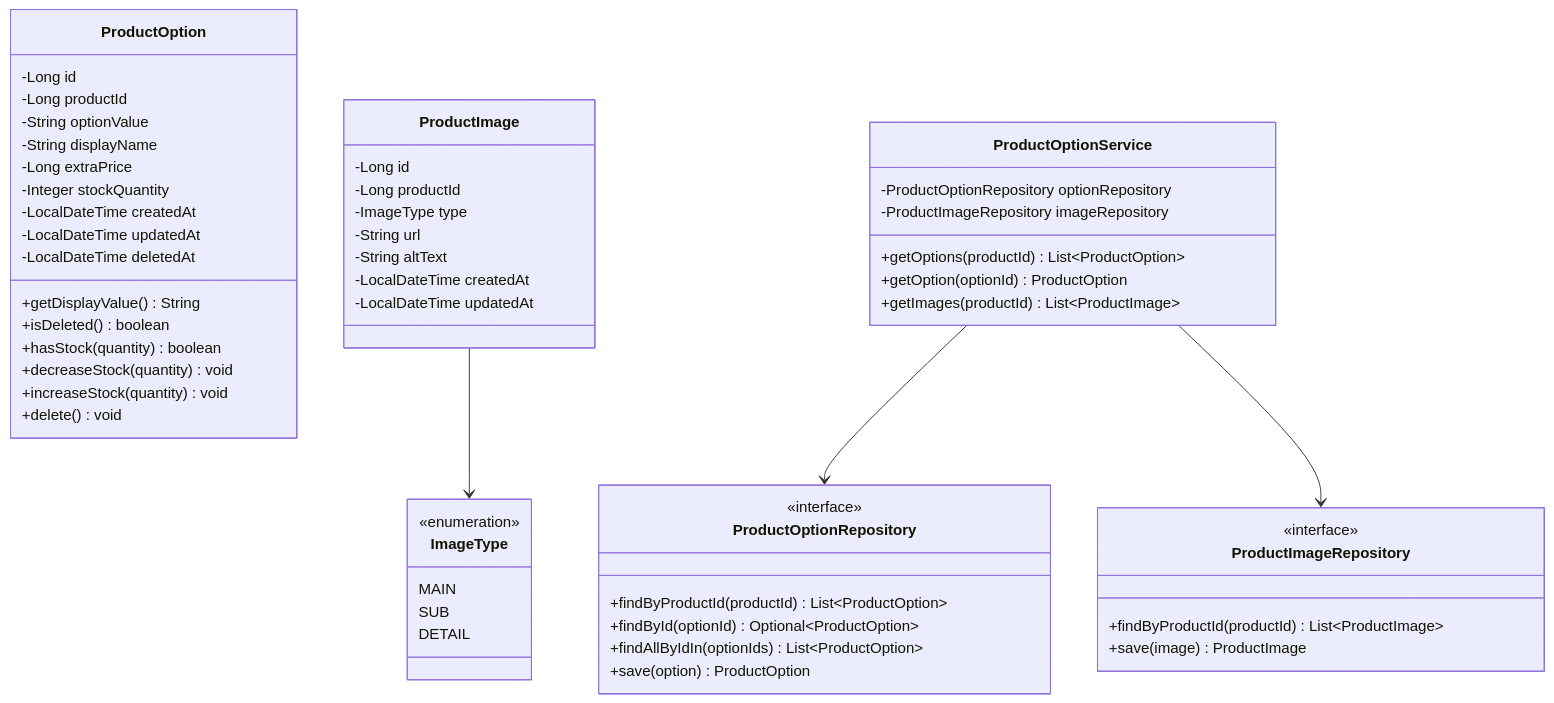
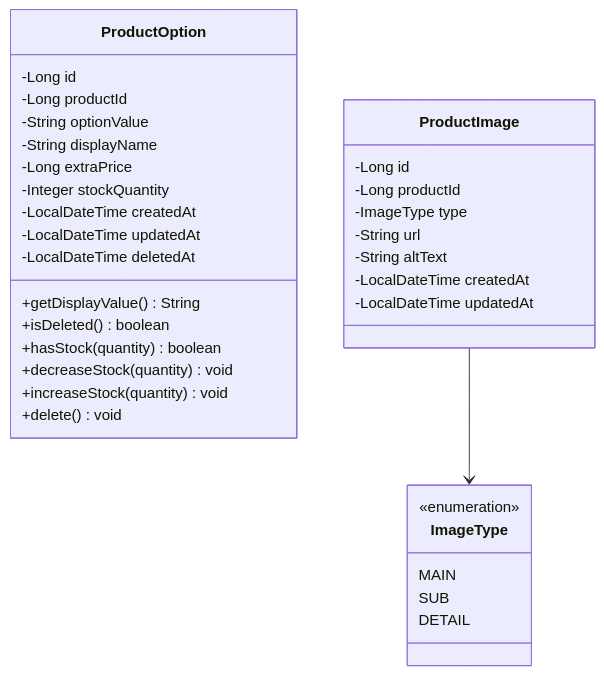
The sixth of 11 diagrams in docs/design/03-class-diagram.md (letter333/loop-pack-be-l2-vol3-java), drawn with Mermaid before and after one commit. The commit also changed other lines of this file and 1 other file, not shown here.

First line of the commit message:
docs: Product 애그리거트 재설계 내용 설계 문서 반영

````diff
--- a/docs/design/03-class-diagram.md
+++ b/docs/design/03-class-diagram.md
@@ -741,70 +778,47 @@
 ```mermaid
 classDiagram
     direction TB
 
-    %% Domain Layer - Option
+    %% Domain Layer - Option (Product Aggregate)
     class ProductOption {
         -Long id
         -Long productId
         -String optionValue
         -String displayName
         -Long extraPrice
         -Integer stockQuantity
         -LocalDateTime createdAt
         -LocalDateTime updatedAt
         -LocalDateTime deletedAt
         +getDisplayValue() String
         +isDeleted() boolean
         +hasStock(quantity) boolean
         +decreaseStock(quantity) void
         +increaseStock(quantity) void
         +delete() void
     }
 
-    %% Domain Layer - Image
+    %% Domain Layer - Image (Product Aggregate)
     class ProductImage {
         -Long id
         -Long productId
         -ImageType type
         -String url
         -String altText
         -LocalDateTime createdAt
         -LocalDateTime updatedAt
     }
 
     class ImageType {
         <<enumeration>>
         MAIN
         SUB
         DETAIL
     }
 
-    %% Service Layer
-    class ProductOptionService {
-        -ProductOptionRepository optionRepository
-        -ProductImageRepository imageRepository
-        +getOptions(productId) List~ProductOption~
-        +getOption(optionId) ProductOption
-        +getImages(productId) List~ProductImage~
-    }
+    %% Note: ProductOption과 ProductImage는 Product 애그리거트의 일부
+    %% 별도의 Service/Repository 없이 Product를 통해 관리됨
+    %% JPA Cascade로 CUD 처리
 
-    %% Infrastructure Layer
-    class ProductOptionRepository {
-        <<interface>>
-        +findByProductId(productId) List~ProductOption~
-        +findById(optionId) Optional~ProductOption~
-        +findAllByIdIn(optionIds) List~ProductOption~
-        +save(option) ProductOption
-    }
-
-    class ProductImageRepository {
-        <<interface>>
-        +findByProductId(productId) List~ProductImage~
-        +save(image) ProductImage
-    }
-
-    %% Relationships
     ProductImage --> ImageType
-    ProductOptionService --> ProductOptionRepository
-    ProductOptionService --> ProductImageRepository
 ```
````
